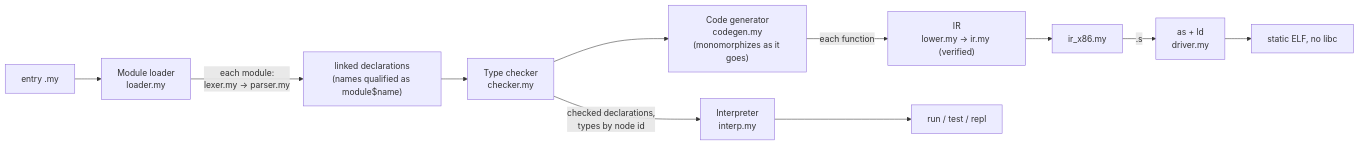
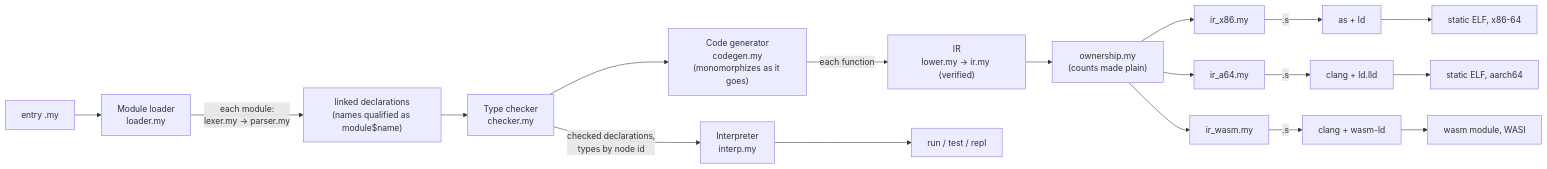
Before and after one commit to h3ll5ur7er/myla: the diagram in docs/Architecture.md, drawn with Mermaid. The commit also changed other lines of this file and 51 other files, not shown here.

First line of the commit message:
MYLA-160: reflection on the aarch64 and wasm32 backends; board and wiki updated

````diff
--- a/docs/Architecture.md
+++ b/docs/Architecture.md
@@ -11,13 +11,20 @@
 ```mermaid
 flowchart LR
     entry["entry .my"] --> loader["Module loader<br/>loader.my"]
     loader -->|"each module:<br/>lexer.my → parser.my"| merged["linked declarations<br/>(names qualified as module$name)"]
     merged --> checker["Type checker<br/>checker.my"]
     checker -->|"checked declarations,<br/>types by node id"| interp["Interpreter<br/>interp.my"]
     checker --> cg["Code generator<br/>codegen.my<br/>(monomorphizes as it goes)"]
     cg -->|"each function"| ir["IR<br/>lower.my → ir.my (verified)"]
-    ir --> x86["ir_x86.my"]
-    x86 -->|".s"| asld["as + ld<br/>driver.my"]
-    asld --> elf["static ELF, no libc"]
+    ir --> own["ownership.my<br/>(counts made plain)"]
+    own --> x86["ir_x86.my"]
+    own --> a64["ir_a64.my"]
+    own --> wasm["ir_wasm.my"]
+    x86 -->|".s"| asld["as + ld"]
+    a64 -->|".s"| a64ld["clang + ld.lld"]
+    wasm -->|".s"| wasmld["clang + wasm-ld"]
+    asld --> elf["static ELF, x86-64"]
+    a64ld --> elf64["static ELF, aarch64"]
+    wasmld --> mod["wasm module, WASI"]
     interp --> out["run / test / repl"]
 ```
````
